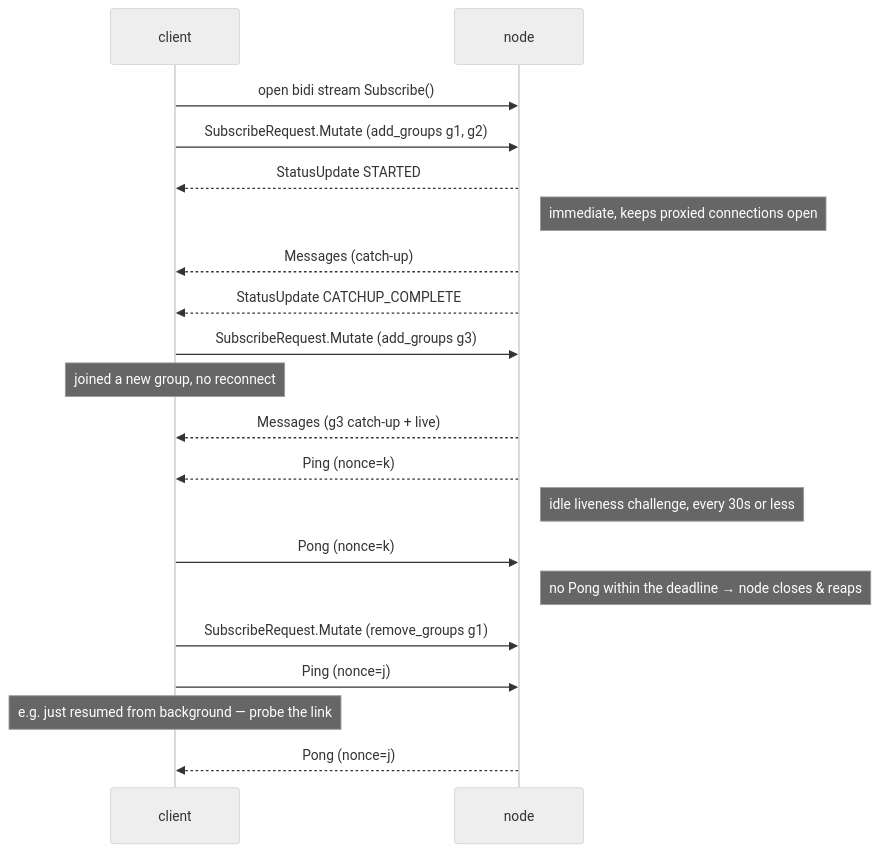
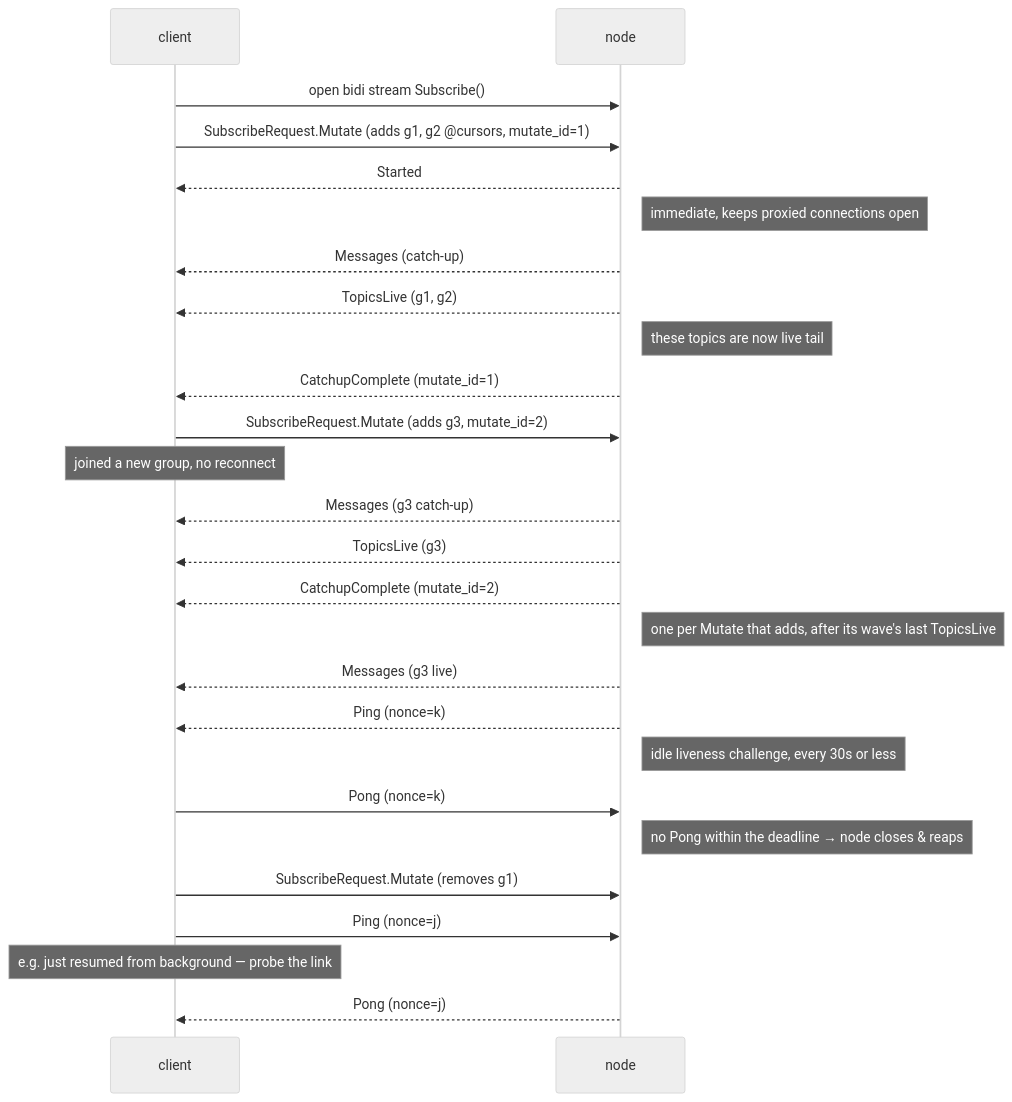
Before and after one commit to xmtp/XIPs: the second of 3 diagrams in XIPs/xip-83-mutable-subscription-streams.md, drawn with Mermaid (neutral theme). The commit also changed other lines of this file, not shown here.

Commit message:
XIP-83: kind-prefixed binary topics (XIP-49 reuse), Started/CatchupComplete response arms, mutate_id wave correlation

````diff
--- a/XIPs/xip-83-mutable-subscription-streams.md
+++ b/XIPs/xip-83-mutable-subscription-streams.md
@@ -97,23 +97,29 @@
 ```mermaid
 sequenceDiagram
     participant C as client
     participant N as node
 
     C->>N: open bidi stream Subscribe()
-    C->>N: SubscribeRequest.Mutate (add_groups g1, g2)
-    N-->>C: StatusUpdate STARTED
+    C->>N: SubscribeRequest.Mutate (adds g1, g2 @cursors, mutate_id=1)
+    N-->>C: Started
     Note right of N: immediate, keeps proxied connections open
     N-->>C: Messages (catch-up)
-    N-->>C: StatusUpdate CATCHUP_COMPLETE
-    C->>N: SubscribeRequest.Mutate (add_groups g3)
+    N-->>C: TopicsLive (g1, g2)
+    Note right of N: these topics are now live tail
+    N-->>C: CatchupComplete (mutate_id=1)
+    C->>N: SubscribeRequest.Mutate (adds g3, mutate_id=2)
     Note over C: joined a new group, no reconnect
-    N-->>C: Messages (g3 catch-up + live)
+    N-->>C: Messages (g3 catch-up)
+    N-->>C: TopicsLive (g3)
+    N-->>C: CatchupComplete (mutate_id=2)
+    Note right of N: one per Mutate that adds, after its wave's last TopicsLive
+    N-->>C: Messages (g3 live)
     N-->>C: Ping (nonce=k)
     Note right of N: idle liveness challenge, every 30s or less
     C->>N: Pong (nonce=k)
     Note right of N: no Pong within the deadline → node closes & reaps
-    C->>N: SubscribeRequest.Mutate (remove_groups g1)
+    C->>N: SubscribeRequest.Mutate (removes g1)
     C->>N: Ping (nonce=j)
     Note over C: e.g. just resumed from background — probe the link
     N-->>C: Pong (nonce=j)
 ```
````
